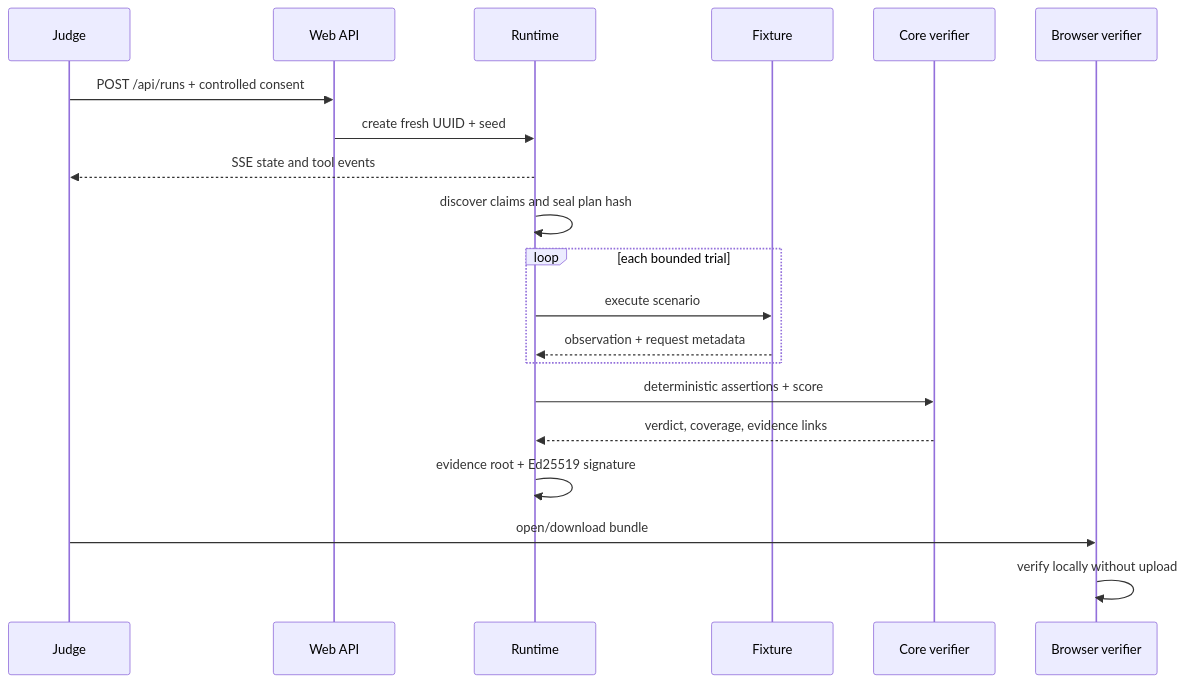
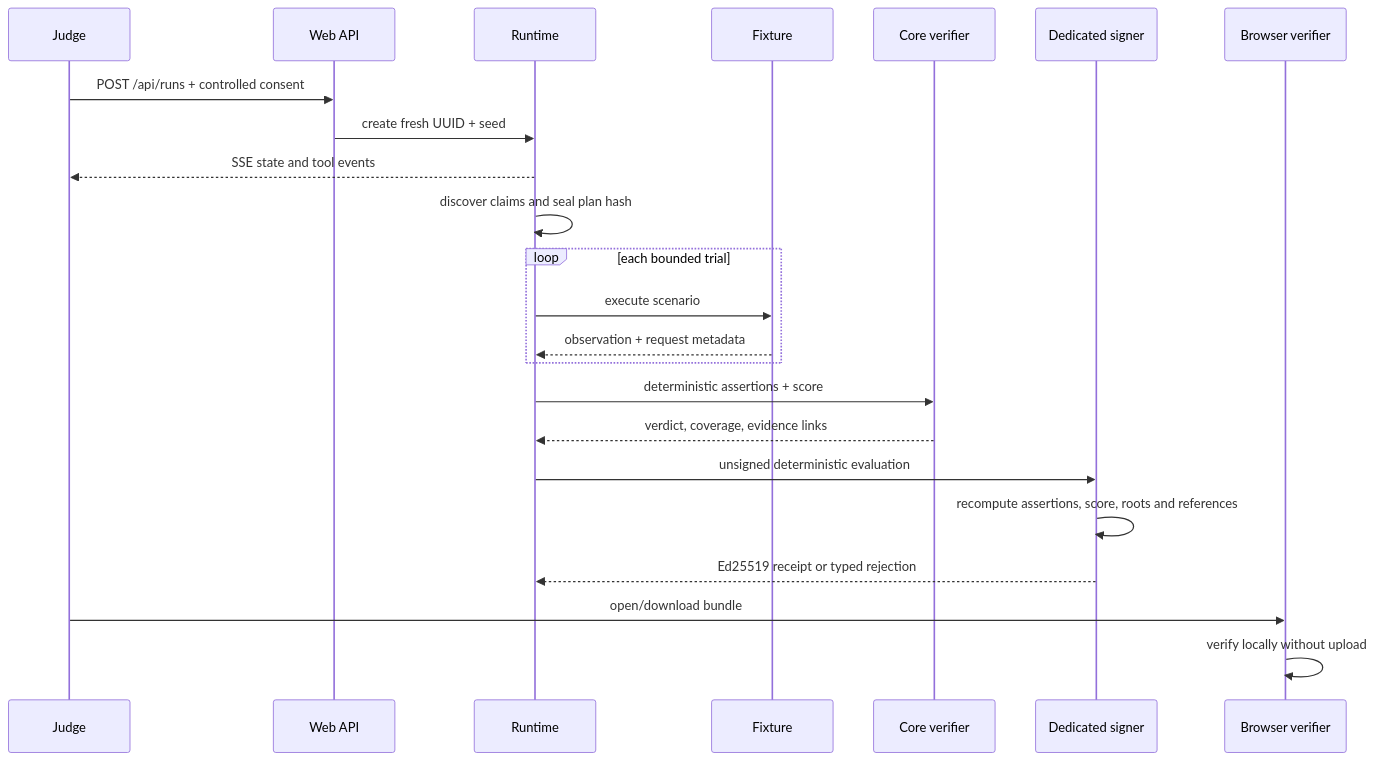
One commit to tang-vu/agenttrial changed the diagram in docs/architecture.md. Above: the diagram before and after it, drawn with Mermaid. The commit also changed other lines of this file and 16 other files, not shown here.

````diff
--- a/docs/architecture.md
+++ b/docs/architecture.md
@@ -22,22 +23,25 @@
 ```mermaid
 sequenceDiagram
     participant U as Judge
     participant API as Web API
     participant R as Runtime
     participant F as Fixture
     participant C as Core verifier
+    participant S as Dedicated signer
     participant B as Browser verifier
     U->>API: POST /api/runs + controlled consent
     API->>R: create fresh UUID + seed
     R-->>U: SSE state and tool events
     R->>R: discover claims and seal plan hash
     loop each bounded trial
       R->>F: execute scenario
       F-->>R: observation + request metadata
     end
     R->>C: deterministic assertions + score
     C-->>R: verdict, coverage, evidence links
-    R->>R: evidence root + Ed25519 signature
+    R->>S: unsigned deterministic evaluation
+    S->>S: recompute assertions, score, roots and references
+    S-->>R: Ed25519 receipt or typed rejection
     U->>B: open/download bundle
     B->>B: verify locally without upload
 ```
````
